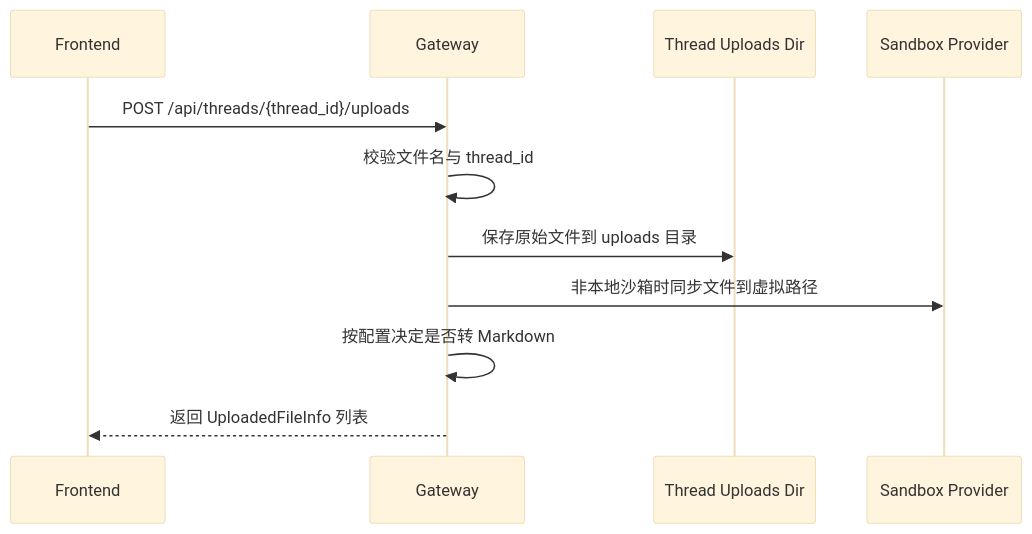
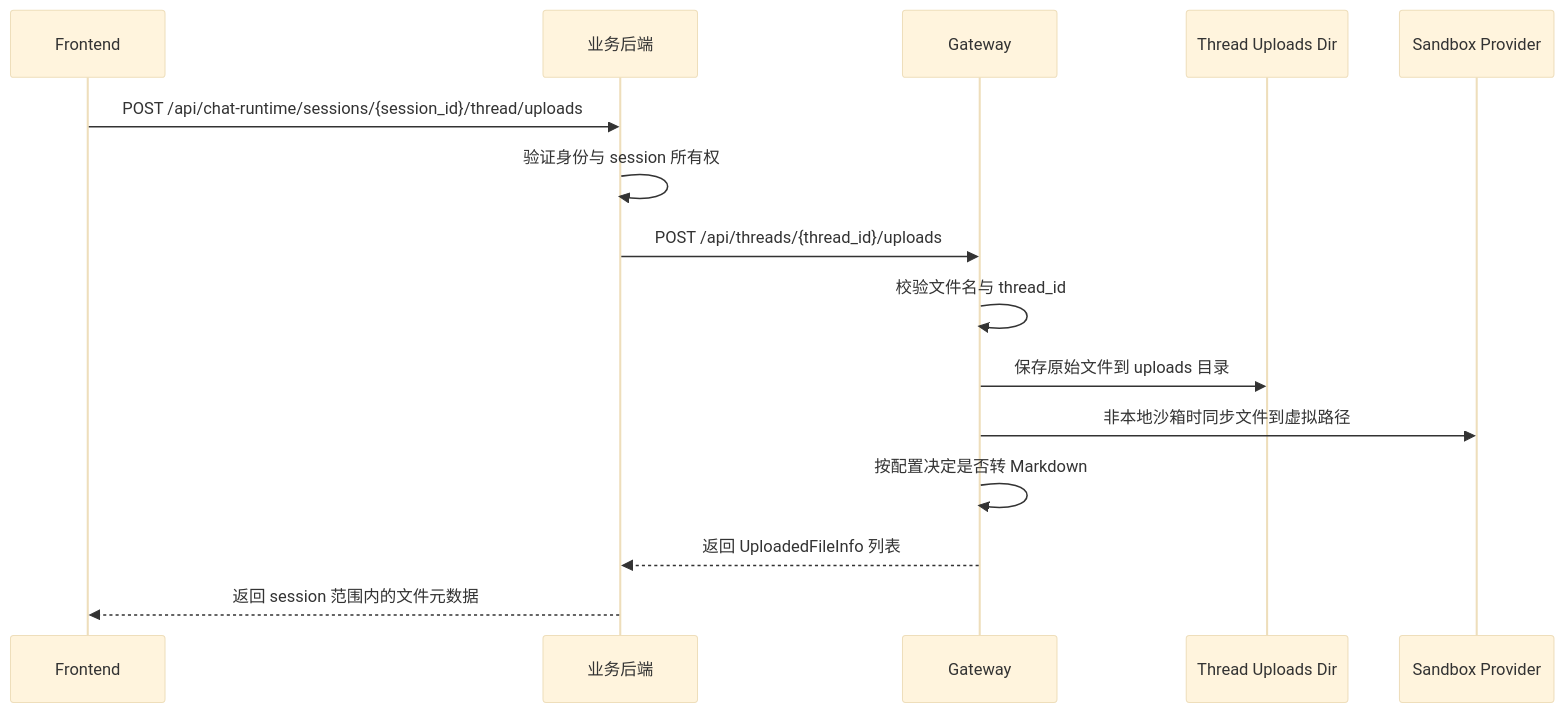
Before and after one commit to changqingla/Lumen: the third of 7 diagrams in docs/Gateway与LangGraph架构技术文档.md, drawn with Mermaid (base theme). The commit also changed other lines of this file and 481 other files, not shown here.

````diff
--- a/docs/Gateway与LangGraph架构技术文档.md
+++ b/docs/Gateway与LangGraph架构技术文档.md
@@ -269,14 +290,18 @@
 ```mermaid
 sequenceDiagram
     participant FE as Frontend
+    participant API as 业务后端
     participant GW as Gateway
     participant FS as Thread Uploads Dir
     participant SB as Sandbox Provider
 
-    FE->>GW: POST /api/threads/{thread_id}/uploads
+    FE->>API: POST /api/chat-runtime/sessions/{session_id}/thread/uploads
+    API->>API: 验证身份与 session 所有权
+    API->>GW: POST /api/threads/{thread_id}/uploads
     GW->>GW: 校验文件名与 thread_id
     GW->>FS: 保存原始文件到 uploads 目录
     GW->>SB: 非本地沙箱时同步文件到虚拟路径
     GW->>GW: 按配置决定是否转 Markdown
-    GW-->>FE: 返回 UploadedFileInfo 列表
+    GW-->>API: 返回 UploadedFileInfo 列表
+    API-->>FE: 返回 session 范围内的文件元数据
 ```
````
